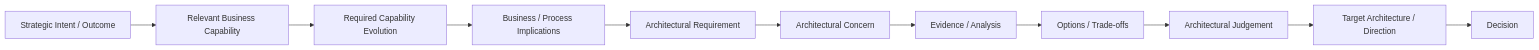
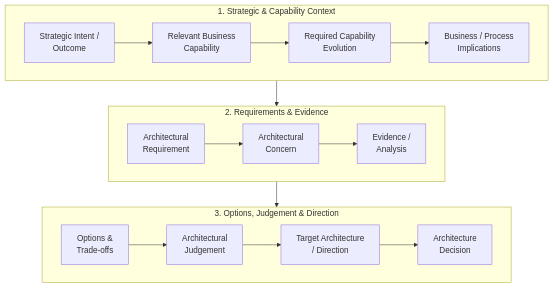
Before and after one commit to avfranco-br/portfolio: the sixth of 16 diagrams in docs/sop/02-target-architecture.md, drawn with Mermaid. The commit also changed other lines of this file and 10 other files, not shown here.

Commit message:
Refactor Mermaid diagrams across SOP and methods documentation for legibility

````diff
--- a/docs/sop/02-target-architecture.md
+++ b/docs/sop/02-target-architecture.md
@@ -390,24 +410,25 @@
 ```mermaid
-flowchart LR
-    A["Strategic Intent / Outcome"]
-    B["Relevant Business Capability"]
-    C["Required Capability Evolution"]
-    D["Business / Process Implications"]
-    E["Architectural Requirement"]
-    F["Architectural Concern"]
-    G["Evidence / Analysis"]
-    H["Options / Trade-offs"]
-    I["Architectural Judgement"]
-    J["Target Architecture / Direction"]
-    K["Decision"]
-    A --> B
-    B --> C
-    C --> D
+flowchart TD
+    subgraph S1["1. Strategic & Capability Context"]
+        direction LR
+        A["Strategic Intent /<br/>Outcome"] --> B["Relevant Business<br/>Capability"]
+        B --> C["Required Capability<br/>Evolution"]
+        C --> D["Business / Process<br/>Implications"]
+    end
+
+    subgraph S2["2. Requirements & Evidence"]
+        direction LR
+        E["Architectural<br/>Requirement"] --> F["Architectural<br/>Concern"]
+        F --> G["Evidence /<br/>Analysis"]
+    end
+
+    subgraph S3["3. Options, Judgement & Direction"]
+        direction LR
+        H["Options &<br/>Trade-offs"] --> I["Architectural<br/>Judgement"]
+        I --> J["Target Architecture<br/>/ Direction"]
+        J --> K["Architecture<br/>Decision"]
+    end
+
     D --> E
-    E --> F
-    F --> G
     G --> H
-    H --> I
-    I --> J
-    J --> K
 ```
````
